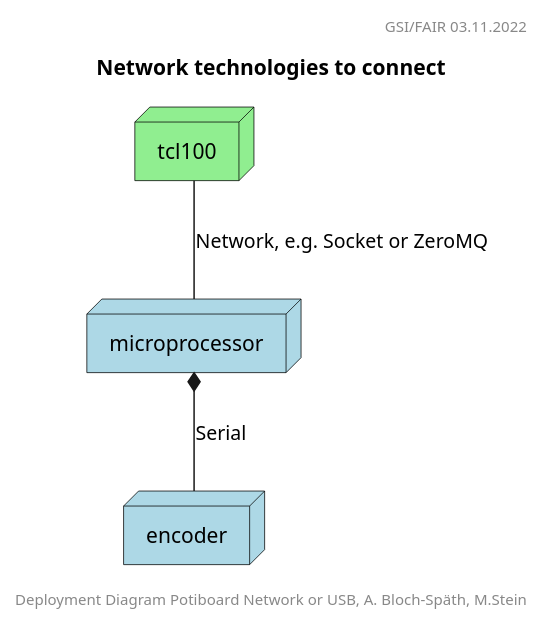
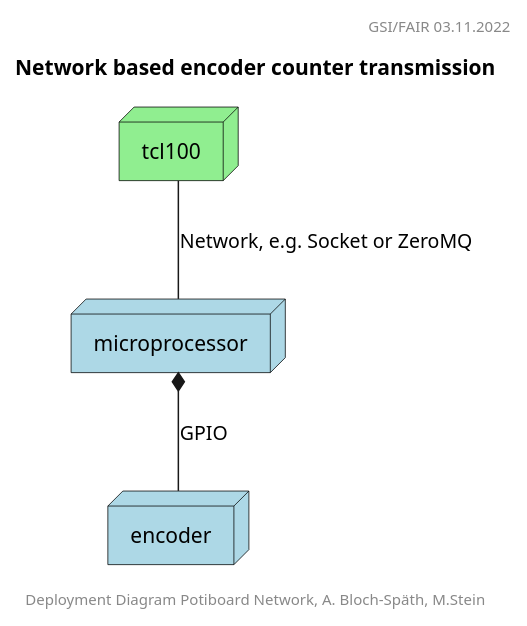
Before and after one commit to steinmartin/encoder-positions-docs: the diagram in plantuml/komponenten-uml-02.puml, drawn with PlantUML. The commit also changed 22 other files, not shown here.

Commit message:
Imterdiate version with new diagrams

```diff
--- a/plantuml/komponenten-uml-02.puml
+++ b/plantuml/komponenten-uml-02.puml
@@ -1,17 +1,17 @@
 @startuml
 
 header GSI/FAIR 03.11.2022
-footer Deployment Diagram Potiboard Network or USB, A. Bloch-Späth, M.Stein
-title Network technologies to connect
+footer Deployment Diagram Potiboard Network, A. Bloch-Späth, M.Stein
+title Network based encoder counter transmission
 
 ' legend top right
 '   ARM-based MC Teensy 4.1 (Arduino) or STM32
 ' endlegend
 
 node tcl100 #lightgreen;line:black;text:black
 node microprocessor #lightblue;line:black;text:black
 node encoder #lightblue;line:black;text:black
-microprocessor *-- encoder : Serial
+microprocessor *-- encoder : GPIO
 ' tcl100 -- microprocessor : USB-Serial, USB-HID, USB-Midi
 tcl100 -- microprocessor : Network, e.g. Socket or ZeroMQ
 @enduml
```
